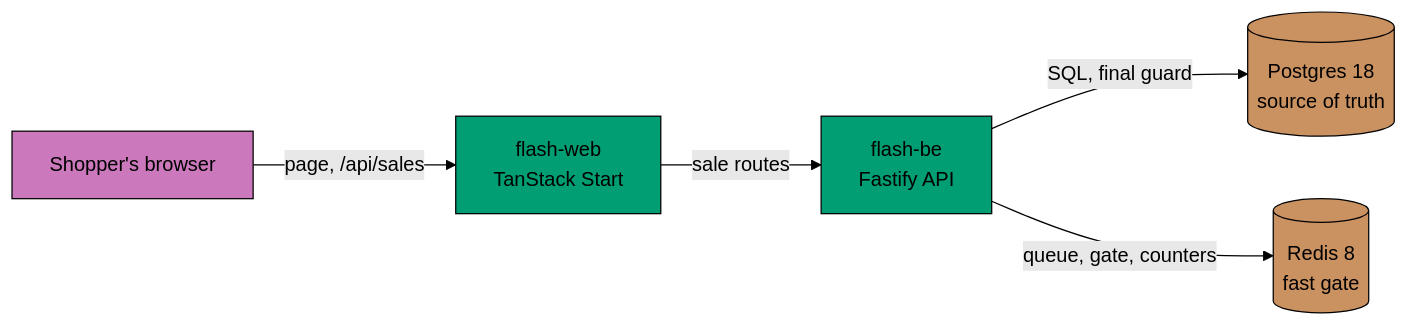
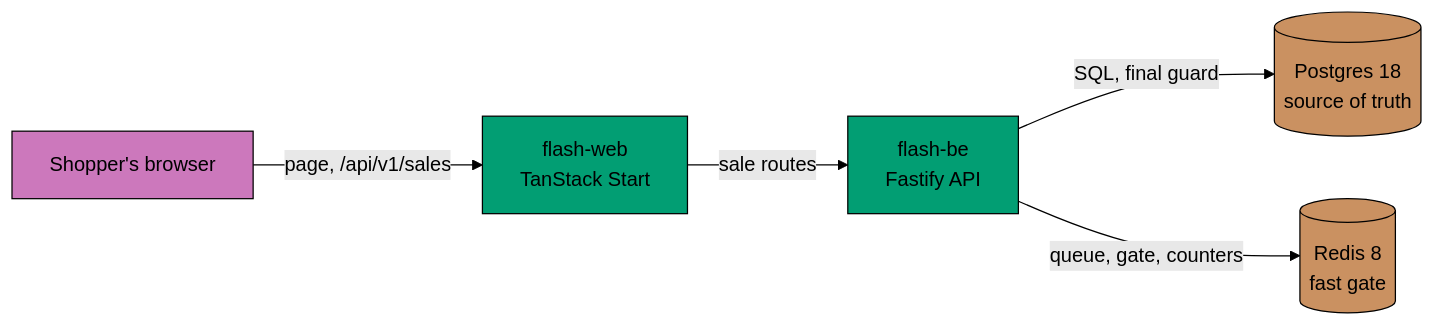
One commit to wahidyankf/coding-itv-js-flashsale changed the first of 3 diagrams in README.md. Above: the diagram before and after it, drawn with Mermaid (forest theme). The commit also changed other lines of this file and 19 other files, not shown here.

````diff
--- a/README.md
+++ b/README.md
@@ -71,21 +71,21 @@
 ```mermaid
 flowchart LR
   accTitle: Flash sale system
   accDescr: A shopper's browser talks only to the web app. The web app renders the sale page and passes sale requests on to the API. The API reads and writes Postgres, which holds the truth, and uses Redis as a fast gate for the queue, the holds and the rate counters.
   browser["Shopper's browser"]
   web["flash-web<br/>TanStack Start"]
   be["flash-be<br/>Fastify API"]
   pg[("Postgres 18<br/>source of truth")]
   redis[("Redis 8<br/>fast gate")]
-  browser -->|page, /api/sales| web
+  browser -->|page, /api/v1/sales| web
   web -->|sale routes| be
   be -->|SQL, final guard| pg
   be -->|queue, gate, counters| redis
   classDef person fill:#CC78BC,stroke:#000000,color:#000000
   classDef container fill:#029E73,stroke:#000000,color:#000000
   classDef store fill:#CA9161,stroke:#000000,color:#000000
   classDef default fill:#808080,stroke:#000000,color:#000000
   class browser person
   class web,be container
   class pg,redis store
 ```
````
